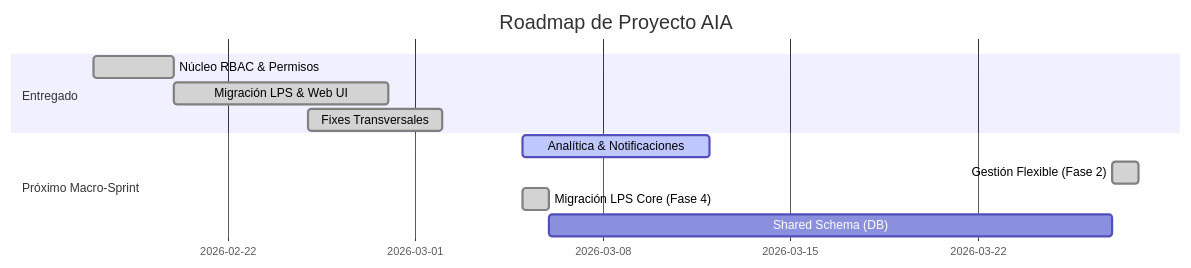
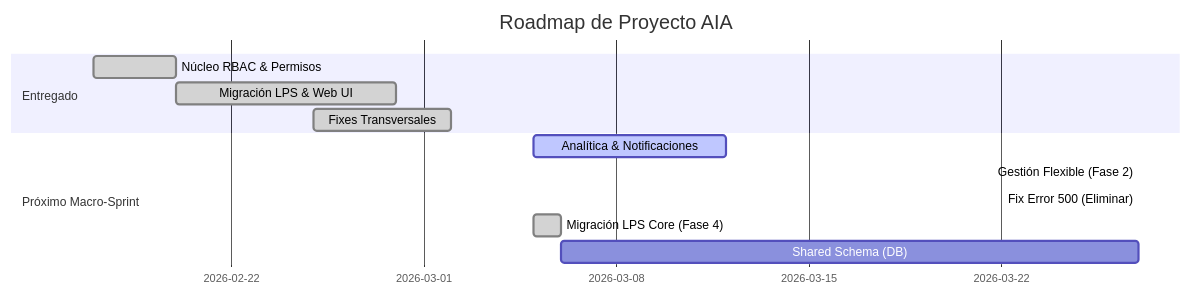
One commit to jbenite7/lastplanneraia-construccion changed the diagram in ROADMAP.md. Above: the diagram before and after it, drawn with Mermaid. The commit also changed 1 other file, not shown here.

Commit message:
docs: actualizar CHANGELOG y ROADMAP con corrección de estabilidad en eliminación

````diff
--- a/ROADMAP.md
+++ b/ROADMAP.md
@@ -13,14 +13,15 @@
 ```mermaid
 gantt
     title Roadmap de Proyecto AIA
     dateFormat  YYYY-MM-DD
     section Entregado
     Núcleo RBAC & Permisos       :done,    des1, 2026-02-17, 2026-02-20
     Migración LPS & Web UI       :done,    des2, 2026-02-20, 2026-02-28
     Fixes Transversales          :done,    des3, 2026-02-25, 2026-03-02
     section Próximo Macro-Sprint
     Analítica & Notificaciones  :active,  des4, 2026-03-05, 7d
-    Gestión Flexible (Fase 2)    :done,    des7, 2026-03-27, 1d
+    Gestión Flexible (Fase 2)    :done,    des7, 2026-03-27, 2026-03-27
+    Fix Error 500 (Eliminar)    :done,    des8, 2026-03-27, 2026-03-27
     Migración LPS Core (Fase 4) :done,    des6, 2026-03-05, 2026-03-06
     Shared Schema (DB)         :         des5, after des6, 21d
 ```
````
